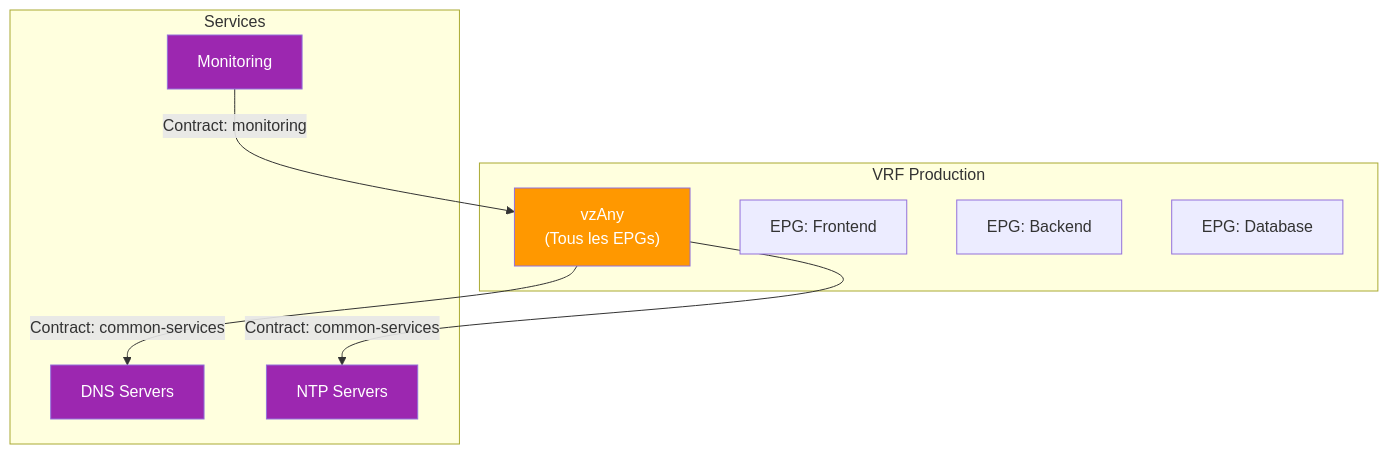
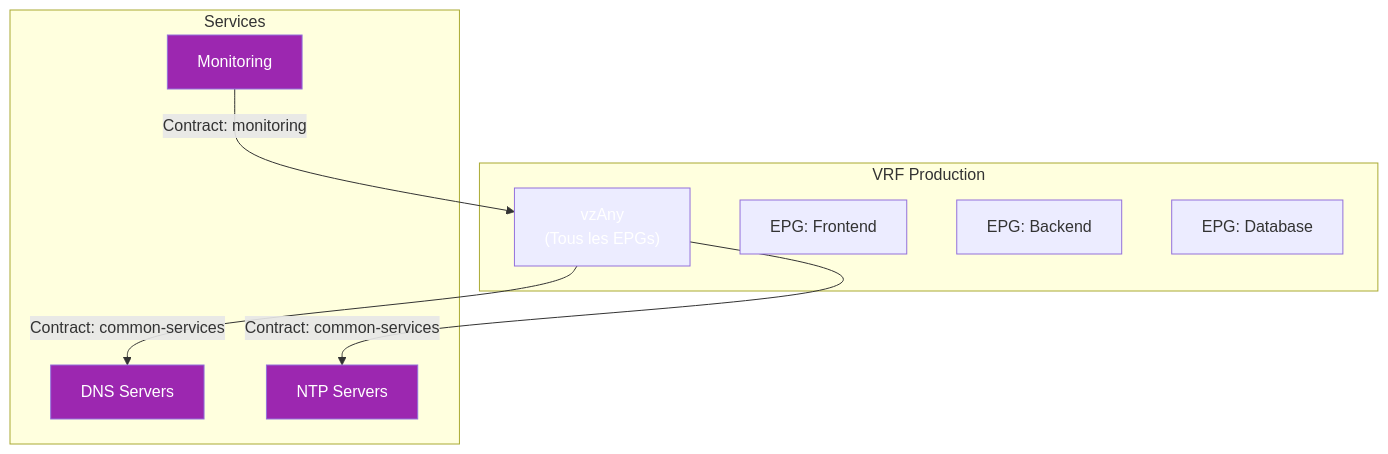
One commit to VBlackJack/ShellBook changed the third of 6 diagrams in docs/formations/terraform-aci/08-module.md. Above: the diagram before and after it, drawn with Mermaid. The commit also changed other lines of this file and 337 other files, not shown here.

First line of the commit message:
refactor(docs): Standardize code blocks and Mermaid colors

````diff
--- a/docs/formations/terraform-aci/08-module.md
+++ b/docs/formations/terraform-aci/08-module.md
@@ -332,25 +332,25 @@
 ```mermaid
 graph TB
     subgraph "VRF Production"
         VZANY["vzAny<br/>(Tous les EPGs)"]
 
         EPG1["EPG: Frontend"]
         EPG2["EPG: Backend"]
         EPG3["EPG: Database"]
     end
 
     subgraph "Services"
         DNS["DNS Servers"]
         NTP["NTP Servers"]
         MON["Monitoring"]
     end
 
     VZANY -->|"Contract: common-services"| DNS
     VZANY -->|"Contract: common-services"| NTP
     MON -->|"Contract: monitoring"| VZANY
 
-    style VZANY fill:#ff9800,color:#fff
+    style VZANY fill:#FF9800800800,color:#fff
     style DNS fill:#9c27b0,color:#fff
     style NTP fill:#9c27b0,color:#fff
     style MON fill:#9c27b0,color:#fff
 ```
````
